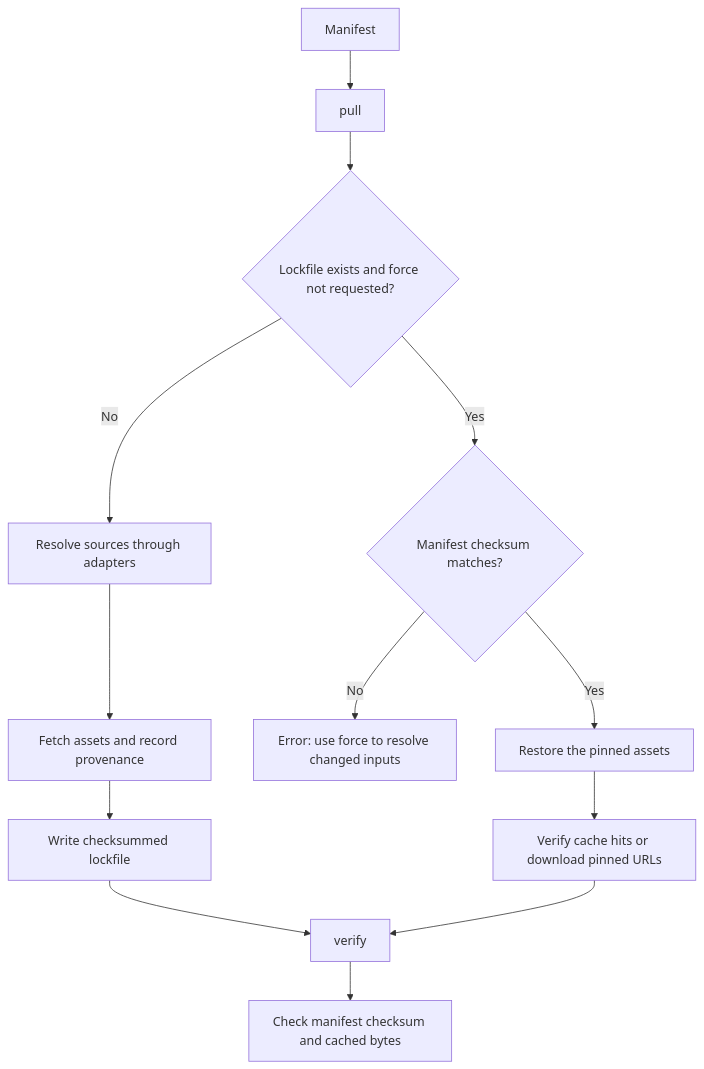
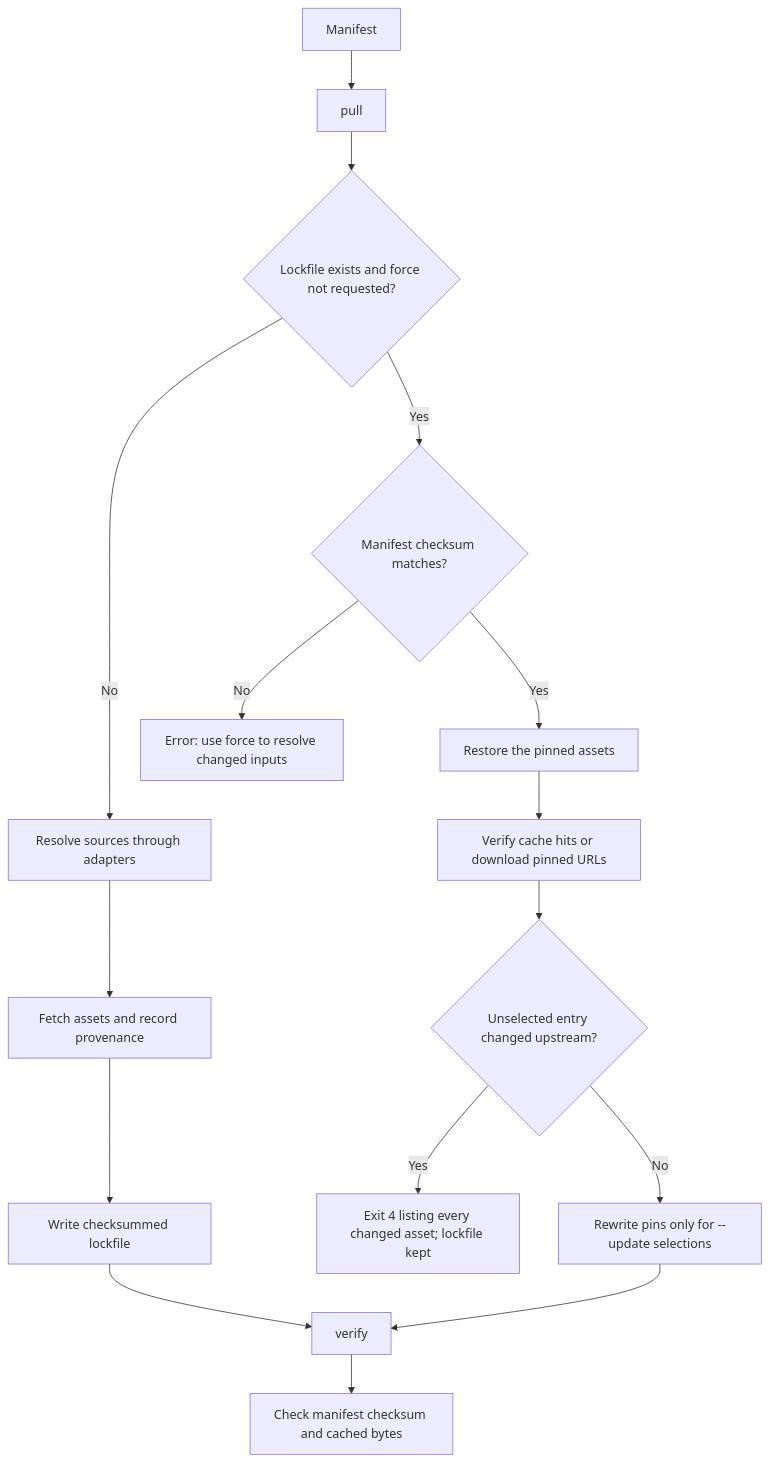
Before and after one commit to jakeryderv/usdata: the diagram in docs/reference/manifests.md, drawn with Mermaid. The commit also changed other lines of this file and 9 other files, not shown here.

First line of the commit message:
feat: report all lockfile drift and update selected pins (#88)

````diff
--- a/docs/reference/manifests.md
+++ b/docs/reference/manifests.md
@@ -151,15 +172,18 @@
 ```mermaid
 flowchart TD
     Manifest[Manifest] --> Pull[pull]
     Pull --> Locked{Lockfile exists and force not requested?}
     Locked -->|No| Resolve[Resolve sources through adapters]
     Resolve --> Fetch[Fetch assets and record provenance]
     Fetch --> Lock[Write checksummed lockfile]
     Locked -->|Yes| Match{Manifest checksum matches?}
     Match -->|No| Error[Error: use force to resolve changed inputs]
     Match -->|Yes| Restore[Restore the pinned assets]
     Restore --> Cache[Verify cache hits or download pinned URLs]
+    Cache --> Changed{Unselected entry changed upstream?}
+    Changed -->|Yes| Report2[Exit 4 listing every changed asset; lockfile kept]
+    Changed -->|No| Update[Rewrite pins only for --update selections]
     Lock --> Verify[verify]
-    Cache --> Verify
+    Update --> Verify
     Verify --> Report[Check manifest checksum and cached bytes]
 ```
````
